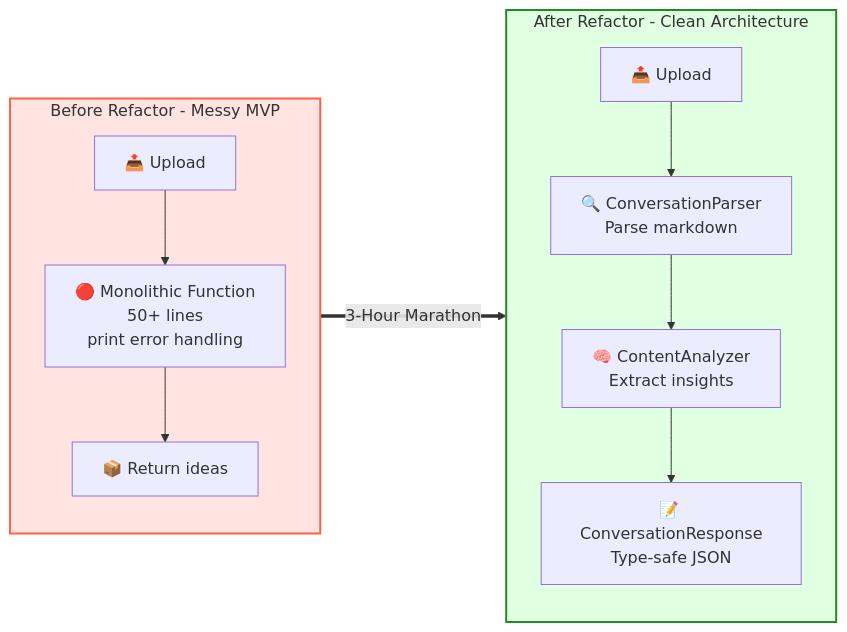
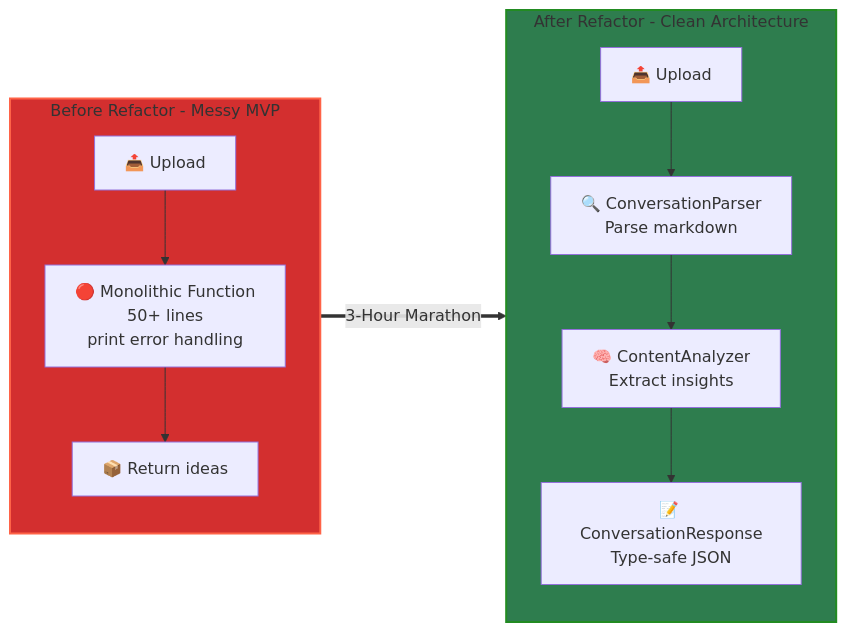
One commit to rduffyuk/blog changed the diagram in content/posts/2025-10-05-season-1-episode-2-mvp-72-hours.md. Above: the diagram before and after it, drawn with Mermaid. The commit also changed 15 other files, not shown here.

First line of the commit message:
Fix all diagram backgrounds and increase text to 72px

````diff
--- a/content/posts/2025-10-05-season-1-episode-2-mvp-72-hours.md
+++ b/content/posts/2025-10-05-season-1-episode-2-mvp-72-hours.md
@@ -77,20 +77,20 @@
 ```mermaid
 graph LR
     subgraph Before["Before Refactor - Messy MVP"]
         direction TB
         Upload1[📤 Upload] --> Monolith[🔴 Monolithic Function<br/>50+ lines<br/>print error handling]
         Monolith --> Return1[📦 Return ideas]
     end
 
     subgraph After["After Refactor - Clean Architecture"]
         direction TB
         Upload2[📤 Upload] --> Parser[🔍 ConversationParser<br/>Parse markdown]
         Parser --> Analyzer[🧠 ContentAnalyzer<br/>Extract insights]
         Analyzer --> Response[📝 ConversationResponse<br/>Type-safe JSON]
     end
 
     Before ==>|3-Hour Marathon| After
 
-    style Before fill:#ffe4e1,stroke:#ff6347,stroke-width:2px
-    style After fill:#e1ffe1,stroke:#228b22,stroke-width:2px
+    style Before fill:#D32F2F,stroke:#ff6347,stroke-width:2px
+    style After fill:#2E7D4E,stroke:#228b22,stroke-width:2px
 ```
````
